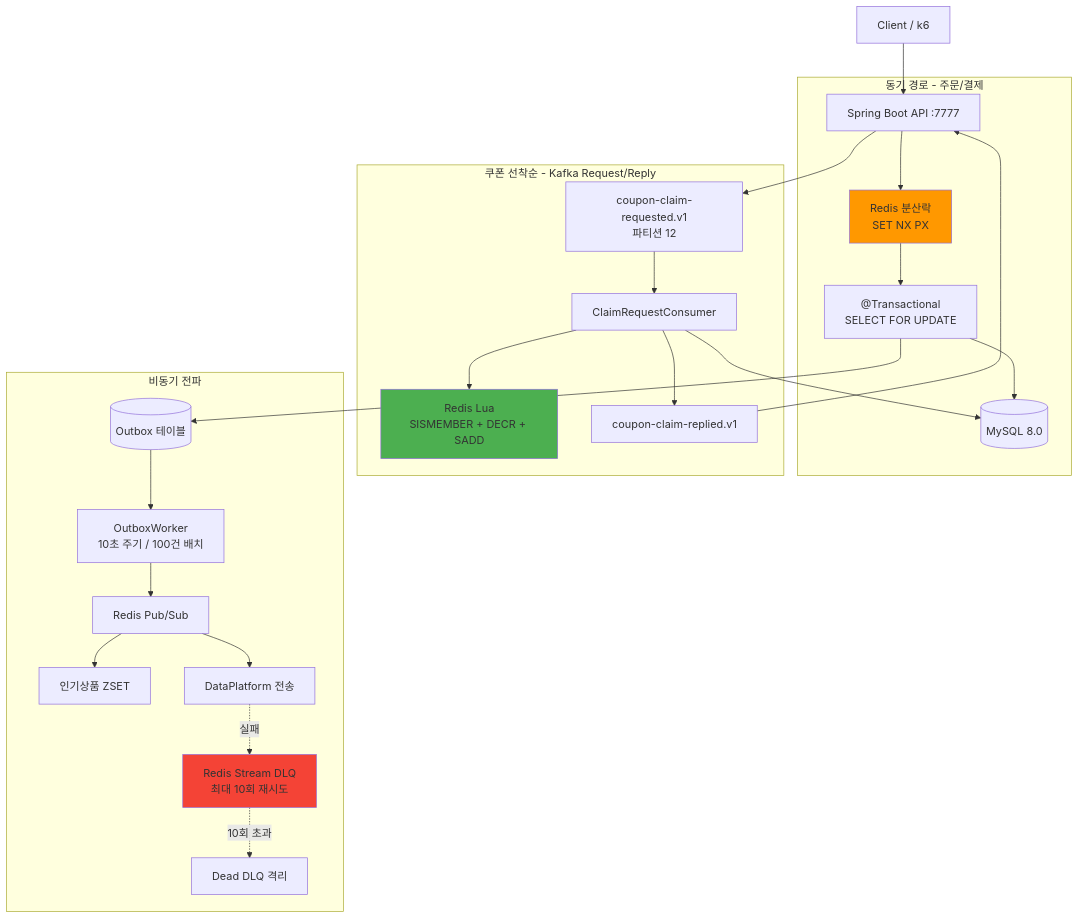
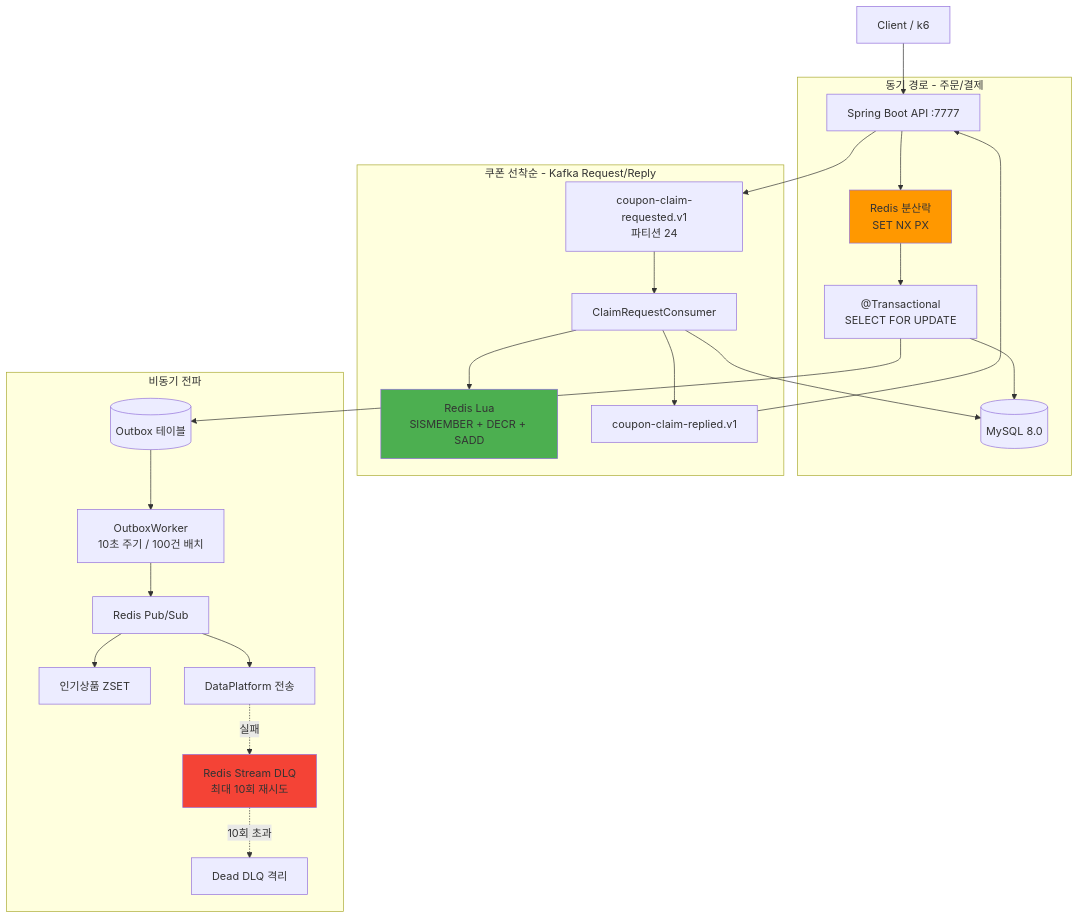
The first of 6 diagrams in README.md (SeoBYP/server-setup-java), drawn with Mermaid before and after one commit. The commit also changed other lines of this file and 4 other files, not shown here.

````diff
--- a/README.md
+++ b/README.md
@@ -73,33 +73,33 @@
 ```mermaid
 graph TB
     C[Client / k6] --> API[Spring Boot API :7777]
 
     subgraph SYNC["동기 경로 - 주문/결제"]
         API --> LOCK[Redis 분산락<br/>SET NX PX]
         LOCK --> TX["@Transactional<br/>SELECT FOR UPDATE"]
         TX --> DB[(MySQL 8.0)]
     end
 
     subgraph COUPON["쿠폰 선착순 - Kafka Request/Reply"]
-        API --> KREQ[coupon-claim-requested.v1<br/>파티션 12]
+        API --> KREQ[coupon-claim-requested.v1<br/>파티션 24]
         KREQ --> KC[ClaimRequestConsumer]
         KC --> LUA[Redis Lua<br/>SISMEMBER + DECR + SADD]
         KC --> DB
         KC --> KREP[coupon-claim-replied.v1]
         KREP --> API
     end
 
     subgraph ASYNC["비동기 전파"]
         TX --> OB[(Outbox 테이블)]
         OB --> W[OutboxWorker<br/>10초 주기 / 100건 배치]
         W --> PS[Redis Pub/Sub]
         PS --> RANK[인기상품 ZSET]
         PS --> DP[DataPlatform 전송]
         DP -.실패.-> DLQ[Redis Stream DLQ<br/>최대 10회 재시도]
         DLQ -.10회 초과.-> DEAD[Dead DLQ 격리]
     end
 
     style LOCK fill:#ff9800
     style LUA fill:#4caf50
     style DLQ fill:#f44336
 ```
````
